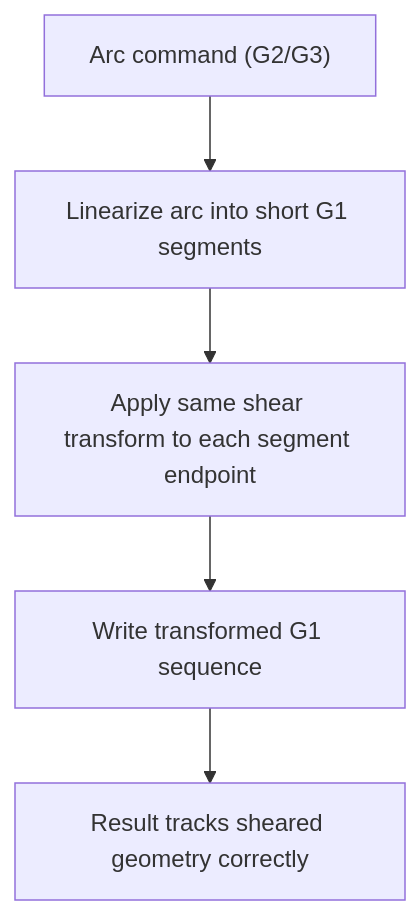
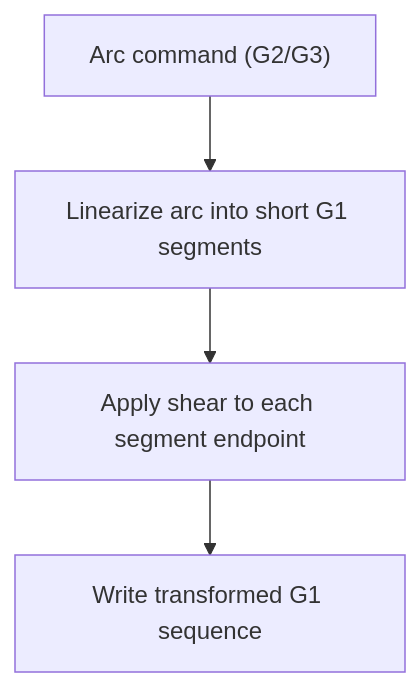
One commit to hyiger/prusaslicer-skew-fix changed the fourth of 4 diagrams in README.md. Above: the diagram before and after it, drawn with Mermaid. The commit also changed other lines of this file and 2 other files, not shown here.

Commit message:
docs: reorganize documentation and add process diagrams

````diff
--- a/README.md
+++ b/README.md
@@ -362,7 +173,6 @@
 ```mermaid
 flowchart TD
   A["Arc command (G2/G3)"] --> B["Linearize arc into short G1 segments"]
-  B --> C["Apply same shear transform to each segment endpoint"]
+  B --> C["Apply shear to each segment endpoint"]
   C --> D["Write transformed G1 sequence"]
-  D --> E["Result tracks sheared geometry correctly"]
 ```
````
